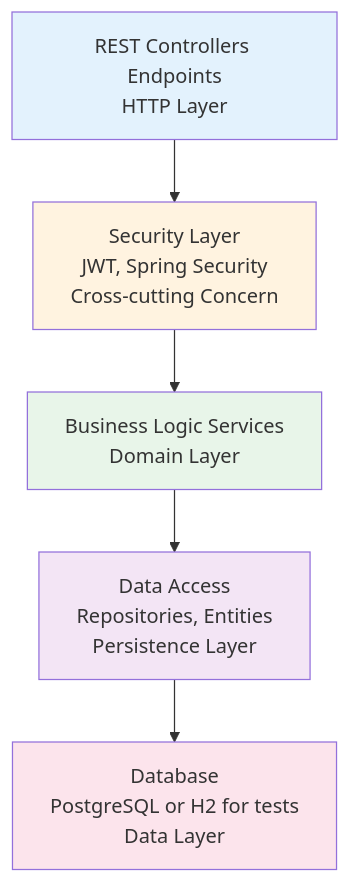
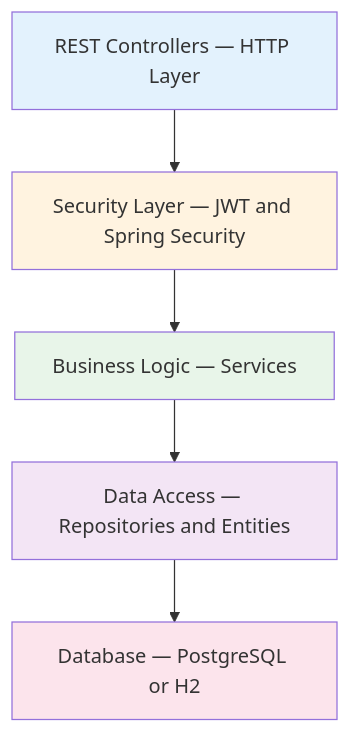
The first of 2 diagrams in docs/architecture/system/layers.md (Keglev/stockease), drawn with Mermaid before and after one commit. The commit also changed other lines of this file and 45 other files, not shown here.

Commit message:
refactored and reviewed all architecture docs; fix broken links in .html file for displaying the docs

````diff
--- a/docs/architecture/system/layers.md
+++ b/docs/architecture/system/layers.md
@@ -7,19 +9,19 @@
 ```mermaid
 graph TD
-    A[REST Controllers Endpoints<br/>HTTP Layer]
-    B[Security Layer<br/>JWT, Spring Security<br/>Cross-cutting Concern]
-    C[Business Logic Services<br/>Domain Layer]
-    D[Data Access<br/>Repositories, Entities<br/>Persistence Layer]
-    E["Database<br/>PostgreSQL or H2 for tests<br/>Data Layer"]
-    
+    A[REST Controllers — HTTP Layer]
+    B[Security Layer — JWT and Spring Security]
+    C[Business Logic — Services]
+    D[Data Access — Repositories and Entities]
+    E[Database — PostgreSQL or H2]
+
     A --> B
     B --> C
     C --> D
     D --> E
-    
+
     style A fill:#e3f2fd
     style B fill:#fff3e0
     style C fill:#e8f5e9
     style D fill:#f3e5f5
     style E fill:#fce4ec
 ```
````
